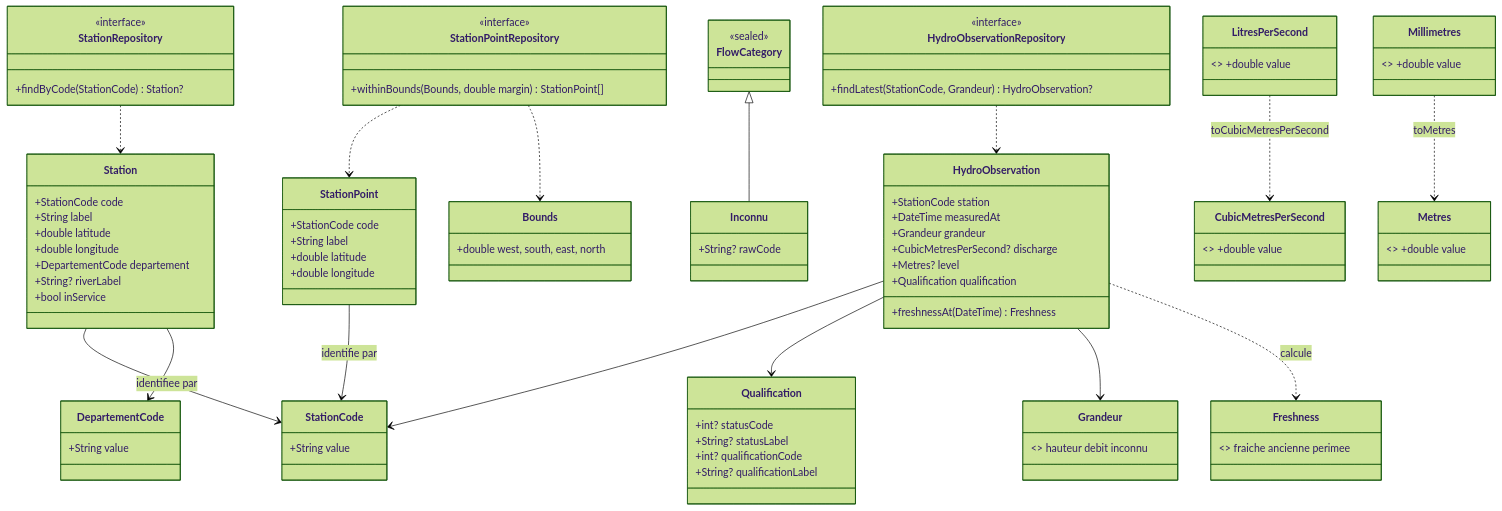
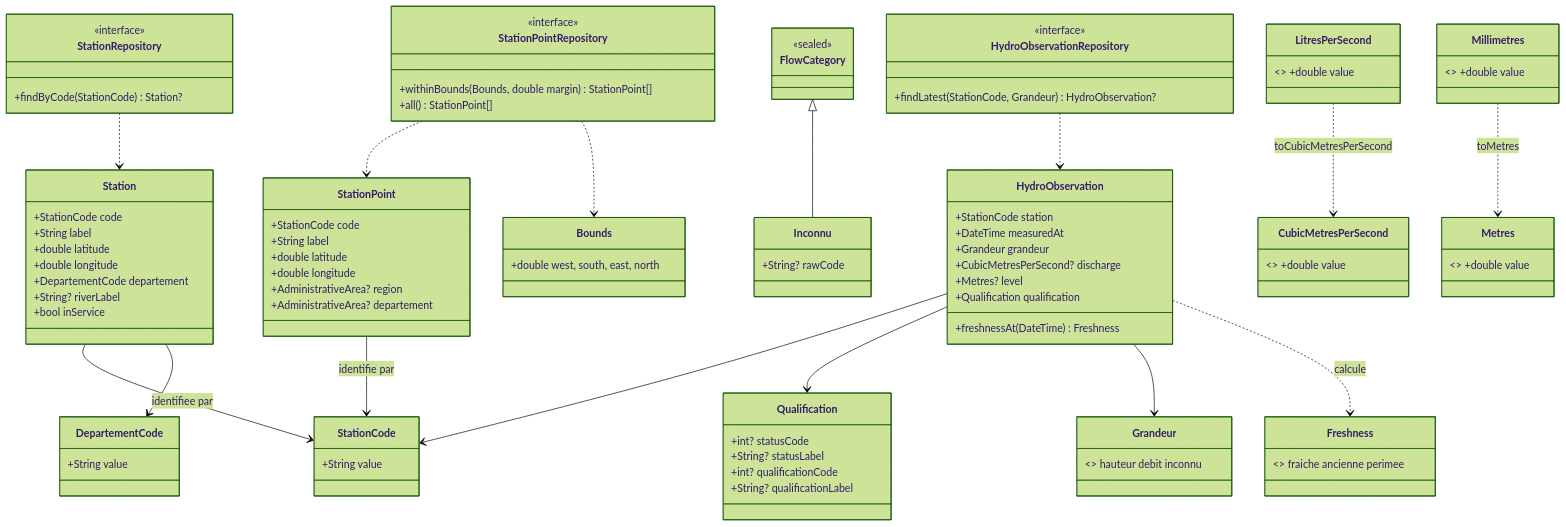
Before and after one commit to HubEauContrib/MartinPecheur: the diagram in docs/domain-model.md, drawn with Mermaid (forest theme). The commit also changed other lines of this file and 105 other files, not shown here.

````diff
--- a/docs/domain-model.md
+++ b/docs/domain-model.md
@@ -93,70 +108,73 @@
 ```mermaid
 classDiagram
     class Station {
         +StationCode code
         +String label
         +double latitude
         +double longitude
         +DepartementCode departement
         +String? riverLabel
         +bool inService
     }
     class HydroObservation {
         +StationCode station
         +DateTime measuredAt
         +Grandeur grandeur
         +CubicMetresPerSecond? discharge
         +Metres? level
         +Qualification qualification
         +freshnessAt(DateTime) Freshness
     }
     class Qualification {
         +int? statusCode
         +String? statusLabel
         +int? qualificationCode
         +String? qualificationLabel
     }
     class StationCode { +String value }
     class DepartementCode { +String value }
     class Bounds { +double west, south, east, north }
     class FlowCategory { <<sealed>> }
     class Inconnu { +String? rawCode }
     class Grandeur { <<enumeration>> hauteur debit inconnu }
     class Freshness { <<enumeration>> fraiche ancienne perimee }
     class StationPoint {
         +StationCode code
         +String label
         +double latitude
         +double longitude
+        +AdministrativeArea? region
+        +AdministrativeArea? departement
     }
     class StationRepository {
         <<interface>>
         +findByCode(StationCode) Station?
     }
     class StationPointRepository {
         <<interface>>
         +withinBounds(Bounds, double margin) StationPoint[]
+        +all() StationPoint[]
     }
     class HydroObservationRepository {
         <<interface>>
         +findLatest(StationCode, Grandeur) HydroObservation?
     }
     class LitresPerSecond { <<extension type>> +double value }
     class CubicMetresPerSecond { <<extension type>> +double value }
     class Millimetres { <<extension type>> +double value }
     class Metres { <<extension type>> +double value }
     Station --> StationCode : identifiee par
     Station --> DepartementCode
     HydroObservation --> StationCode
     HydroObservation --> Qualification
     HydroObservation --> Grandeur
     HydroObservation ..> Freshness : calcule
     FlowCategory <|-- Inconnu
     StationPoint --> StationCode : identifie par
     StationRepository ..> Station
     StationPointRepository ..> StationPoint
     StationPointRepository ..> Bounds
     HydroObservationRepository ..> HydroObservation
     LitresPerSecond ..> CubicMetresPerSecond : toCubicMetresPerSecond
     Millimetres ..> Metres : toMetres
 ```
````
